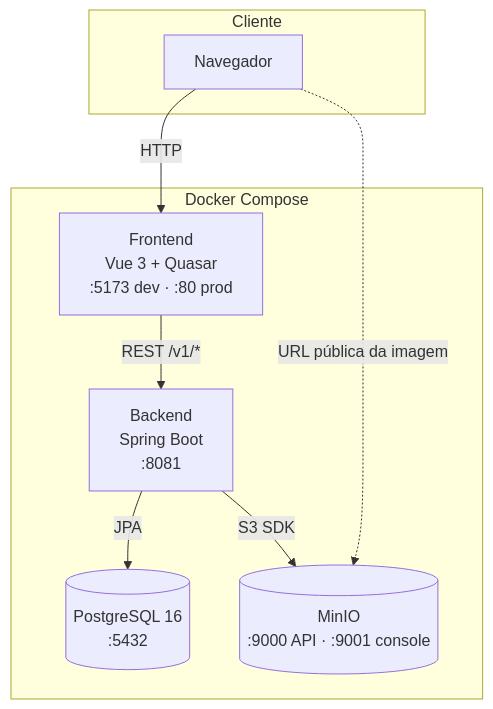
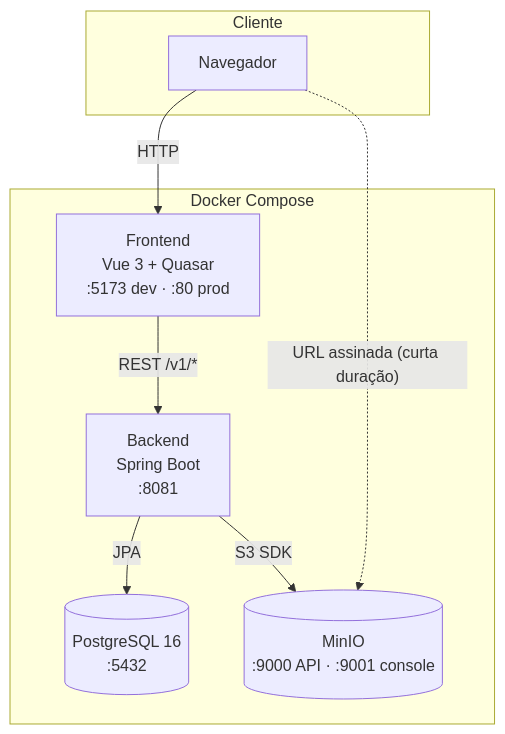
One commit to danielchipolesch/fab-legis changed the diagram in docs/arquitetura.md. Above: the diagram before and after it, drawn with Mermaid. The commit also changed other lines of this file and 1 other file, not shown here.

Commit message:
docs: atualiza arquitetura e API REST para o MinIO com bucket privado
Reflete o fix de seguranca do MinIO: o diagrama de servicos e o texto
de arquitetura.md descreviam o navegador acessando a imagem via "URL
publica" -- agora e "URL assinada", com uma explicacao de como a
resolucao funciona (endpoint POST /v1/imagens/urls-assinadas). api-rest.md
ganha esse endpoint na tabela de Imagens.

````diff
--- a/docs/arquitetura.md
+++ b/docs/arquitetura.md
@@ -5,19 +5,19 @@
 ```mermaid
 graph TB
     subgraph Cliente
         B[Navegador]
     end
 
     subgraph "Docker Compose"
         F["Frontend<br/>Vue 3 + Quasar<br/>:5173 dev · :80 prod"]
         A["Backend<br/>Spring Boot<br/>:8081"]
         P[("PostgreSQL 16<br/>:5432")]
         M[("MinIO<br/>:9000 API · :9001 console")]
     end
 
     B -->|HTTP| F
     F -->|"REST /v1/*"| A
     A -->|JPA| P
     A -->|"S3 SDK"| M
-    B -.->|"URL pública da imagem"| M
+    B -.->|"URL assinada (curta duração)"| M
 ```
````
